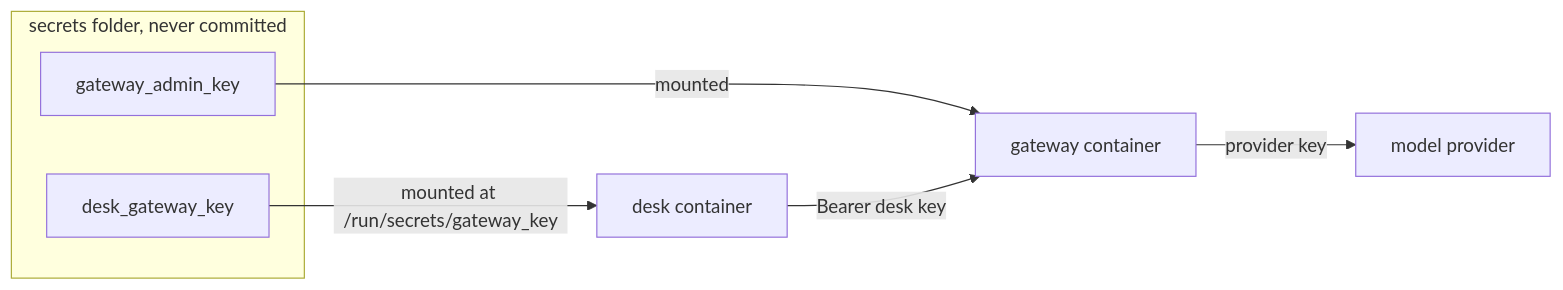
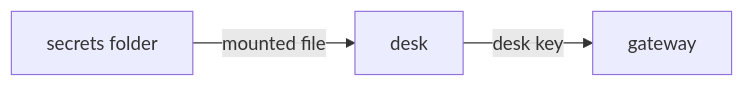
Before and after one commit to learnwithparam/agentic-deployment: the diagram in parts/01-ship-the-desk/02-move-secrets-out/problem/README.md, drawn with Mermaid. The commit also changed other lines of this file and 370 other files, not shown here.

````diff
--- a/parts/01-ship-the-desk/02-move-secrets-out/problem/README.md
+++ b/parts/01-ship-the-desk/02-move-secrets-out/problem/README.md
@@ -46,11 +21,5 @@
 ```mermaid
 flowchart LR
-  subgraph secrets[secrets folder, never committed]
-    K1[desk_gateway_key]
-    K0[gateway_admin_key]
-  end
-  K1 -->|mounted at /run/secrets/gateway_key| D[desk container]
-  K0 -->|mounted| GW[gateway container]
-  D -->|Bearer desk key| GW
-  GW -->|provider key| M[model provider]
+  K[secrets folder] -->|mounted file| D[desk]
+  D -->|desk key| GW[gateway]
 ```
````
